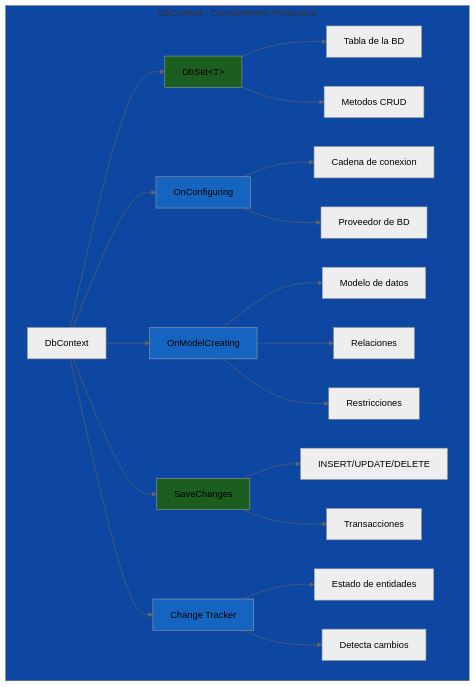
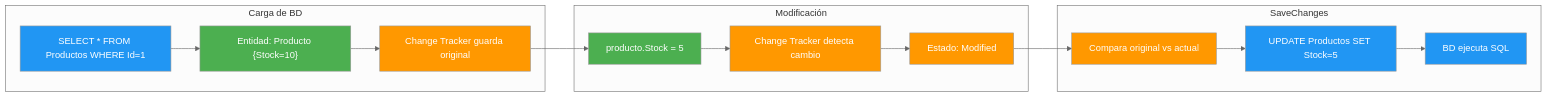
One commit to joseluisgs/DesarrolloWebEntornosServidor-02-2026-2027 changed the second of 5 diagrams in 12-entity-framework-core.md. Above: the diagram before and after it, drawn with Mermaid (neutral theme). The commit also changed other lines of this file, not shown here.

````diff
--- a/12-entity-framework-core.md
+++ b/12-entity-framework-core.md
@@ -138,33 +222,30 @@
 ```mermaid
-flowchart TD
-    subgraph DbContext["DbContext - Componentes Principales"]
-        A[DbContext] --> B[DbSet&lt;T&gt;]
-        A --> C[OnConfiguring]
-        A --> D[OnModelCreating]
-        A --> E[SaveChanges]
-        A --> F[Change Tracker]
-        
-        B --> B1[Tabla de la BD]
-        B --> B2[Metodos CRUD]
-        
-        C --> C1[Cadena de conexion]
-        C --> C2[Proveedor de BD]
-        
-        D --> D1[Modelo de datos]
-        D --> D2[Relaciones]
-        D --> D3[Restricciones]
-        
-        E --> E1[INSERT/UPDATE/DELETE]
-        E --> E2[Transacciones]
-        
-        F --> F1[Estado de entidades]
-        F --> F2[Detecta cambios]
+flowchart LR
+    subgraph "Carga de BD"
+        A["SELECT * FROM Productos WHERE Id=1"] --> B["Entidad: Producto {Stock=10}"]
+        B --> C["Change Tracker guarda original"]
     end
-    
-    style DbContext fill:#0D47A1
-    style B fill:#1B5E20
-    style C fill:#1565C0
-    style D fill:#1565C0
-    style E fill:#1B5E20
-    style F fill:#1565C0
+
+    subgraph "Modificación"
+        D["producto.Stock = 5"] --> E["Change Tracker detecta cambio"]
+        E --> F["Estado: Modified"]
+    end
+
+    subgraph "SaveChanges"
+        G["Compara original vs actual"] --> H["UPDATE Productos SET Stock=5"]
+        H --> I["BD ejecuta SQL"]
+    end
+
+    C --> D
+    F --> G
+
+    style A fill:#2196F3,color:#fff
+    style B fill:#4CAF50,color:#fff
+    style C fill:#FF9800,color:#fff
+    style D fill:#4CAF50,color:#fff
+    style E fill:#FF9800,color:#fff
+    style F fill:#FF9800,color:#fff
+    style G fill:#FF9800,color:#fff
+    style H fill:#2196F3,color:#fff
+    style I fill:#2196F3,color:#fff
 ```
````
